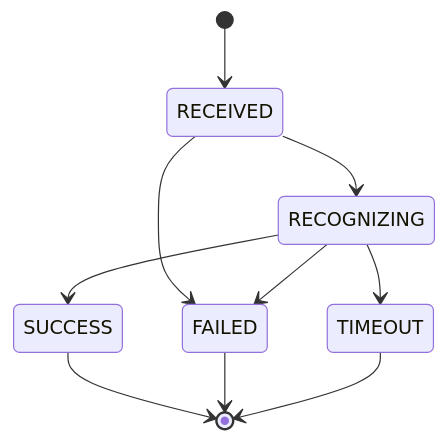
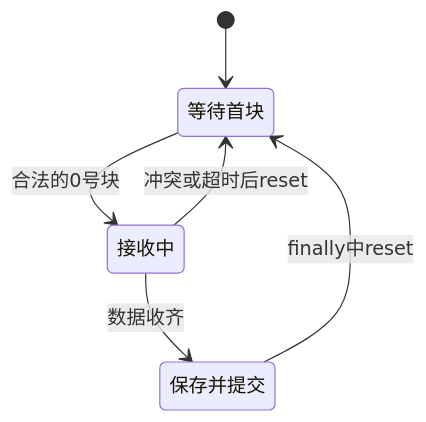
The second of 2 diagrams in docs/知识点/第二周/接口调用工程师｜第二周专业知识自学清单.md (dreamcather726/ai-interaction-ui), drawn with Mermaid before and after one commit. The commit also changed other lines of this file and 3 other files, not shown here.

````diff
--- a/docs/知识点/第二周/接口调用工程师｜第二周专业知识自学清单.md
+++ b/docs/知识点/第二周/接口调用工程师｜第二周专业知识自学清单.md
@@ -269,12 +272,8 @@
 ```mermaid
 stateDiagram-v2
-    [*] --> RECEIVED
-    RECEIVED --> RECOGNIZING
-    RECEIVED --> FAILED
-    RECOGNIZING --> SUCCESS
-    RECOGNIZING --> FAILED
-    RECOGNIZING --> TIMEOUT
-    SUCCESS --> [*]
-    FAILED --> [*]
-    TIMEOUT --> [*]
+    [*] --> 等待首块
+    等待首块 --> 接收中: 合法的0号块
+    接收中 --> 保存并提交: 数据收齐
+    接收中 --> 等待首块: 冲突或超时后reset
+    保存并提交 --> 等待首块: finally中reset
 ```
````
